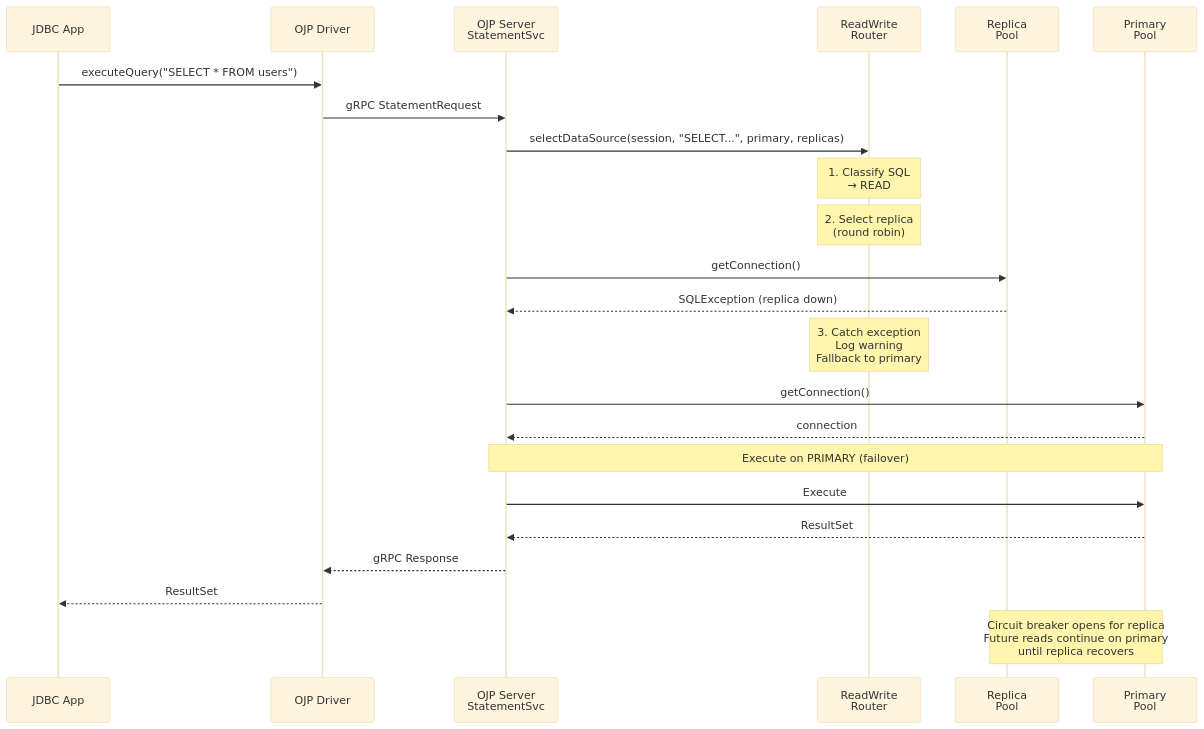
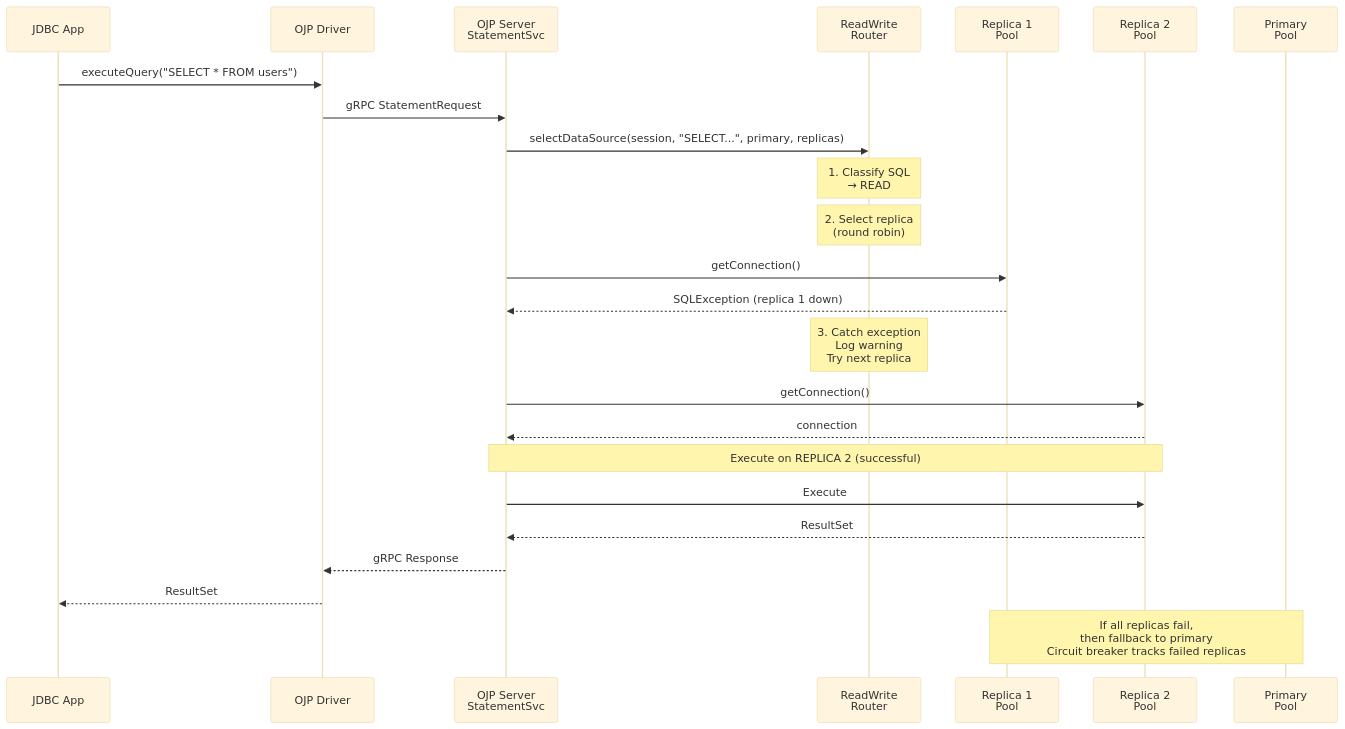
Before and after one commit to Open-JDBC-Proxy/ojp: the fourth of 6 diagrams in documents/designs/read-write-splitting-sequence-diagram.md, drawn with Mermaid (base theme). The commit also changed other lines of this file and 2 other files, not shown here.

Commit message:
Fix transaction handling and failover logic based on review feedback
- Correct transaction start behavior: transactions start lazily on first SQL execution after setAutoCommit(false), not immediately
- Update failover logic: try other replicas before falling back to primary
- Update sequence diagrams to show multi-replica failover scenario
- Add health-aware replica selection logic
- Update all documentation to reflect standard JDBC behavior

````diff
--- a/documents/designs/read-write-splitting-sequence-diagram.md
+++ b/documents/designs/read-write-splitting-sequence-diagram.md
@@ -128,32 +129,33 @@
 ```mermaid
 sequenceDiagram
     participant App as JDBC App
     participant Driver as OJP Driver
     participant Server as OJP Server<br/>StatementSvc
     participant Router as ReadWrite<br/>Router
-    participant Replica as Replica<br/>Pool
+    participant Replica1 as Replica 1<br/>Pool
+    participant Replica2 as Replica 2<br/>Pool
     participant Primary as Primary<br/>Pool
 
     App->>Driver: executeQuery("SELECT * FROM users")
     Driver->>Server: gRPC StatementRequest
     Server->>Router: selectDataSource(session, "SELECT...", primary, replicas)
     
     Note over Router: 1. Classify SQL<br/>→ READ
     Note over Router: 2. Select replica<br/>(round robin)
     
-    Server->>Replica: getConnection()
-    Replica-->>Server: SQLException (replica down)
+    Server->>Replica1: getConnection()
+    Replica1-->>Server: SQLException (replica 1 down)
     
-    Note over Router: 3. Catch exception<br/>Log warning<br/>Fallback to primary
+    Note over Router: 3. Catch exception<br/>Log warning<br/>Try next replica
     
-    Server->>Primary: getConnection()
-    Primary-->>Server: connection
+    Server->>Replica2: getConnection()
+    Replica2-->>Server: connection
     
-    Note over Server,Primary: Execute on PRIMARY (failover)
-    Server->>Primary: Execute
-    Primary-->>Server: ResultSet
+    Note over Server,Replica2: Execute on REPLICA 2 (successful)
+    Server->>Replica2: Execute
+    Replica2-->>Server: ResultSet
     Server-->>Driver: gRPC Response
     Driver-->>App: ResultSet
     
-    Note over Replica,Primary: Circuit breaker opens for replica<br/>Future reads continue on primary<br/>until replica recovers
+    Note over Replica1,Primary: If all replicas fail,<br/>then fallback to primary<br/>Circuit breaker tracks failed replicas
 ```
````
